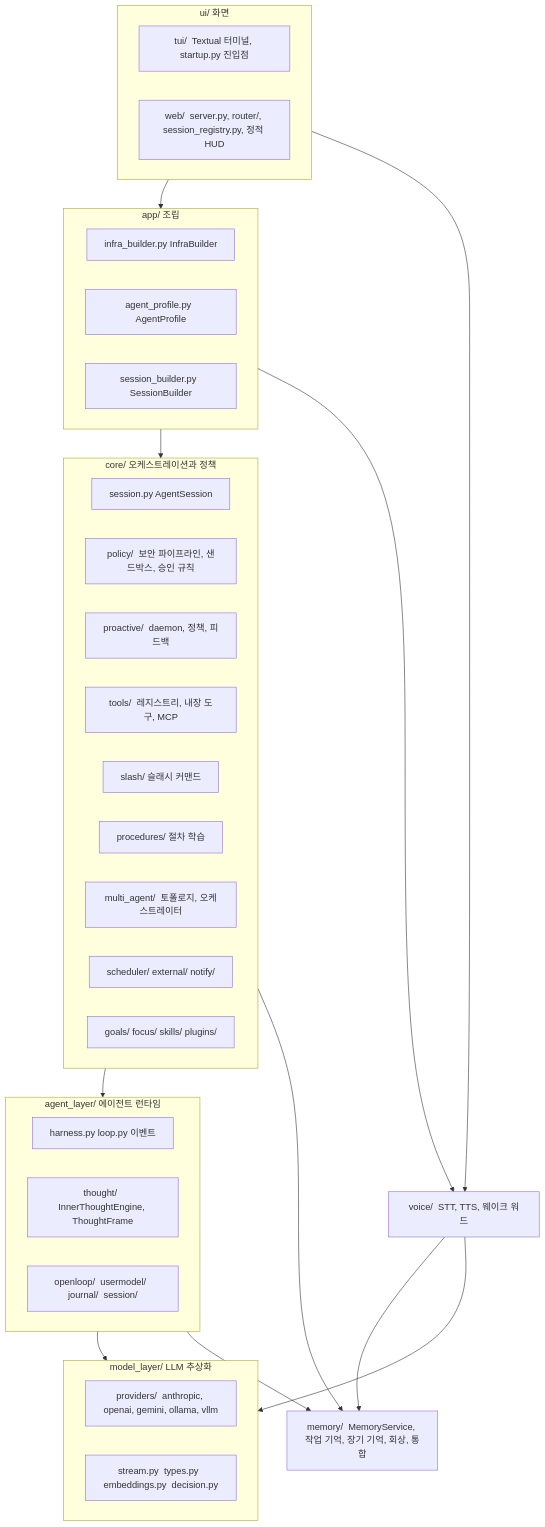
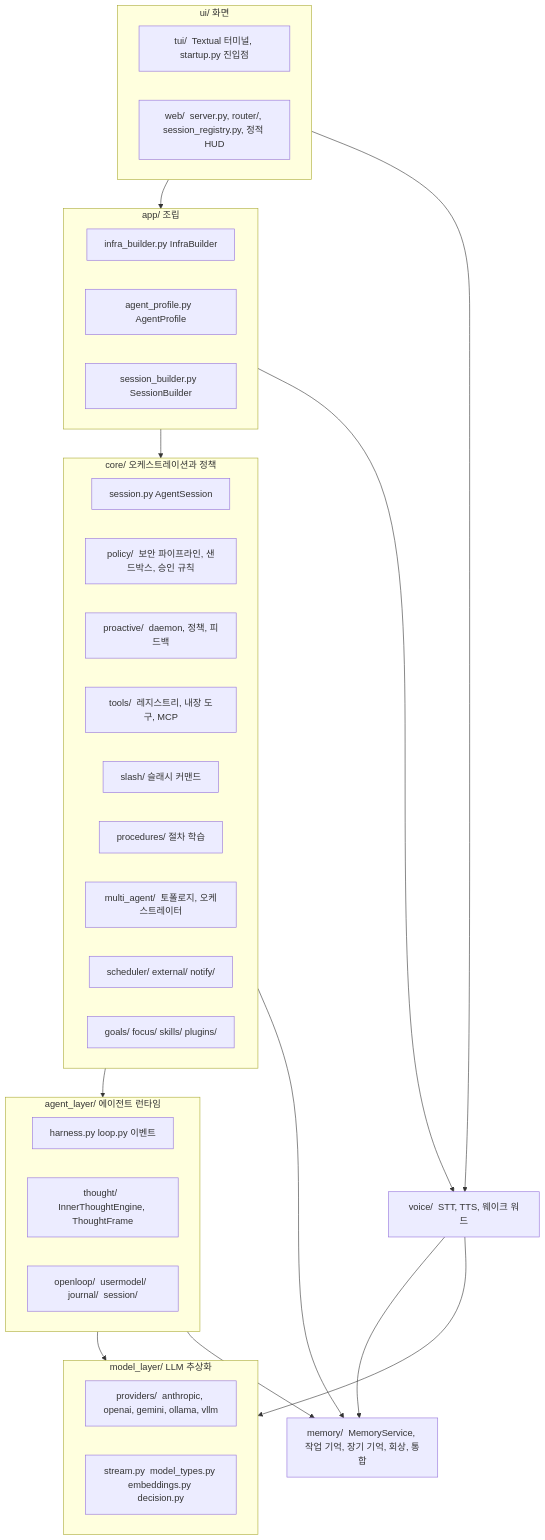
The first of 3 diagrams in website/docs/concepts/architecture/index.md (ash-hun/jarvis-agent), drawn with Mermaid before and after one commit. The commit also changed other lines of this file and 58 other files, not shown here.

Commit message:
Docs: 명세, README, 문서 사이트를 지금 코드에 맞추고, figure 의 내용과 배치를 고친다

````diff
--- a/website/docs/concepts/architecture/index.md
+++ b/website/docs/concepts/architecture/index.md
@@ -21,41 +21,41 @@
 ```mermaid
 flowchart TB
   subgraph UI["ui/  화면"]
     TUI["tui/  Textual 터미널, startup.py 진입점"]
     WEB["web/  server.py, router/, session_registry.py, 정적 HUD"]
   end
   subgraph APP["app/  조립"]
     INFRA["infra_builder.py  InfraBuilder"]
     PROFILE["agent_profile.py  AgentProfile"]
     SB["session_builder.py  SessionBuilder"]
   end
   subgraph CORE["core/  오케스트레이션과 정책"]
     SESSION["session.py  AgentSession"]
     POLICY["policy/  보안 파이프라인, 샌드박스, 승인 규칙"]
     PROACTIVE["proactive/  daemon, 정책, 피드백"]
     TOOLS["tools/  레지스트리, 내장 도구, MCP"]
     SLASH["slash/  슬래시 커맨드"]
     PROC["procedures/  절차 학습"]
     MULTI["multi_agent/  토폴로지, 오케스트레이터"]
     SCHED["scheduler/  external/  notify/"]
     GOALS["goals/  focus/  skills/  plugins/"]
   end
   subgraph AGENT["agent_layer/  에이전트 런타임"]
     HARNESS["harness.py  loop.py  이벤트"]
     THOUGHT["thought/  InnerThoughtEngine, ThoughtFrame"]
     OPENLOOP["openloop/  usermodel/  journal/  session/"]
   end
   subgraph MODEL["model_layer/  LLM 추상화"]
     PROVIDERS["providers/  anthropic, openai, gemini, ollama, vllm"]
-    STREAM["stream.py  types.py  embeddings.py  decision.py"]
+    STREAM["stream.py  model_types.py  embeddings.py  decision.py"]
   end
   MEMORY["memory/  MemoryService, 작업 기억, 장기 기억, 회상, 통합"]
   VOICE["voice/  STT, TTS, 웨이크 워드"]
   UI --> APP --> CORE --> AGENT --> MODEL
   AGENT --> MEMORY
   CORE --> MEMORY
   UI --> VOICE
   APP --> VOICE
   VOICE --> MODEL
   VOICE --> MEMORY
 ```
````
